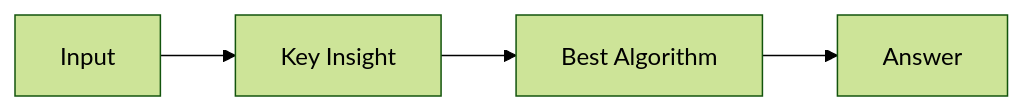
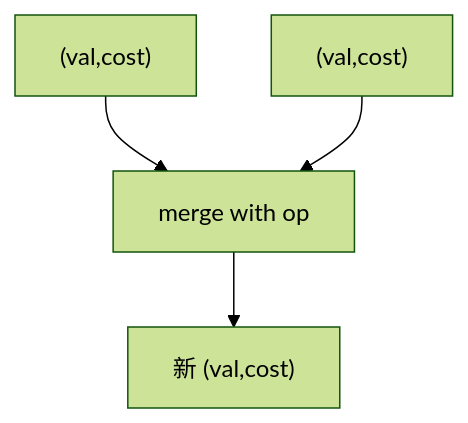
Before and after one commit to yuxuanzhouo3/Interview: the diagram in CodePractice/LeetCodeHard/Problem/1800-1899/1896.minimum-cost-to-change-the-final-value-of-expression.md, drawn with Mermaid (forest theme). The commit also changed other lines of this file and 1457 other files, not shown here.

````diff
--- a/CodePractice/LeetCodeHard/Problem/1800-1899/1896.minimum-cost-to-change-the-final-value-of-expression.md
+++ b/CodePractice/LeetCodeHard/Problem/1800-1899/1896.minimum-cost-to-change-the-final-value-of-expression.md
@@ -15,6 +15,6 @@
 ```mermaid
-flowchart LR
-  A[Input] --> B[Key Insight]
-  B --> C[Best Algorithm]
-  C --> D[Answer]
+flowchart TB
+  A["(val,cost)"] --> M[merge with op]
+  B["(val,cost)"] --> M
+  M --> C["新 (val,cost)"]
 ```
````
